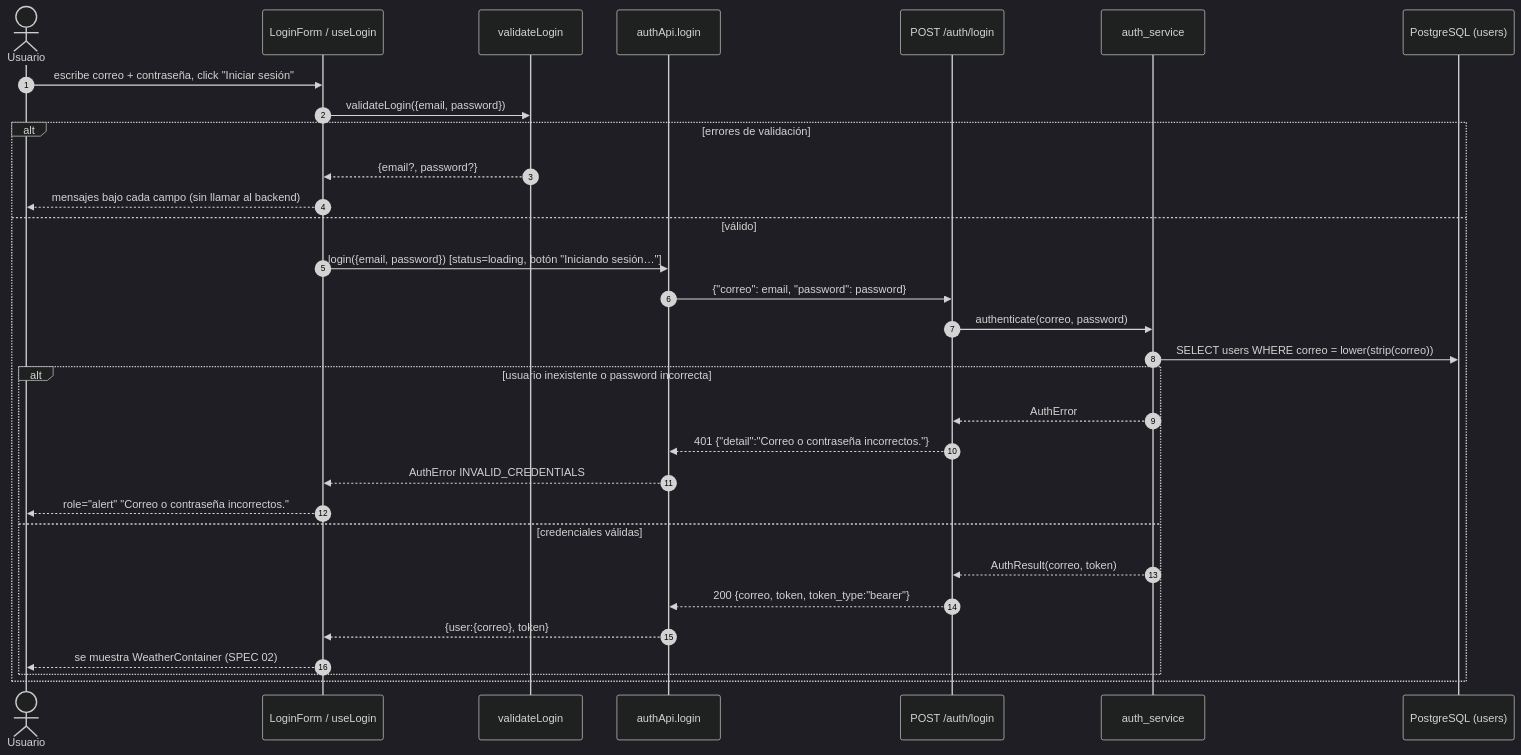
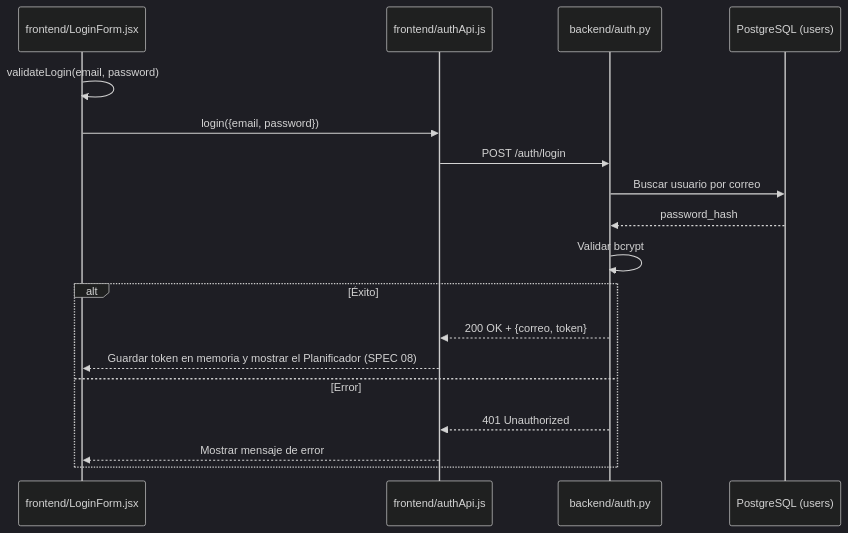
One commit to frank-henrry/evaluacion-clima-manos-cruzadas changed the diagram in specs/01-loginv2.md. Above: the diagram before and after it, drawn with Mermaid (dark theme). The commit also changed other lines of this file and 71 other files, not shown here.

First line of the commit message:
feat: Planificador de Visitas para Las Manos Cruzadas con predicción por IA

````diff
--- a/specs/01-loginv2.md
+++ b/specs/01-loginv2.md
@@ -82,34 +31,21 @@
 ```mermaid
 sequenceDiagram
-    autonumber
-    actor U as Usuario
-    participant F as LoginForm / useLogin
-    participant V as validateLogin
-    participant A as authApi.login
-    participant B as POST /auth/login
-    participant S as auth_service
+    participant UI as frontend/LoginForm.jsx
+    participant Service as frontend/authApi.js
+    participant API as backend/auth.py
     participant DB as PostgreSQL (users)
 
-    U->>F: escribe correo + contraseña, click "Iniciar sesión"
-    F->>V: validateLogin({email, password})
-    alt errores de validación
-        V-->>F: {email?, password?}
-        F-->>U: mensajes bajo cada campo (sin llamar al backend)
-    else válido
-        F->>A: login({email, password}) [status=loading, botón "Iniciando sesión…"]
-        A->>B: {"correo": email, "password": password}
-        B->>S: authenticate(correo, password)
-        S->>DB: SELECT users WHERE correo = lower(strip(correo))
-        alt usuario inexistente o password incorrecta
-            S-->>B: AuthError
-            B-->>A: 401 {"detail":"Correo o contraseña incorrectos."}
-            A-->>F: AuthError INVALID_CREDENTIALS
-            F-->>U: role="alert" "Correo o contraseña incorrectos."
-        else credenciales válidas
-            S-->>B: AuthResult(correo, token)
-            B-->>A: 200 {correo, token, token_type:"bearer"}
-            A-->>F: {user:{correo}, token}
-            F-->>U: se muestra WeatherContainer (SPEC 02)
-        end
+    UI->>UI: validateLogin(email, password)
+    UI->>Service: login({email, password})
+    Service->>API: POST /auth/login
+    API->>DB: Buscar usuario por correo
+    DB-->>API: password_hash
+    API->>API: Validar bcrypt
+    alt Éxito
+        API-->>Service: 200 OK + {correo, token}
+        Service-->>UI: Guardar token en memoria y mostrar el Planificador (SPEC 08)
+    else Error
+        API-->>Service: 401 Unauthorized
+        Service-->>UI: Mostrar mensaje de error
     end
 ```
````
